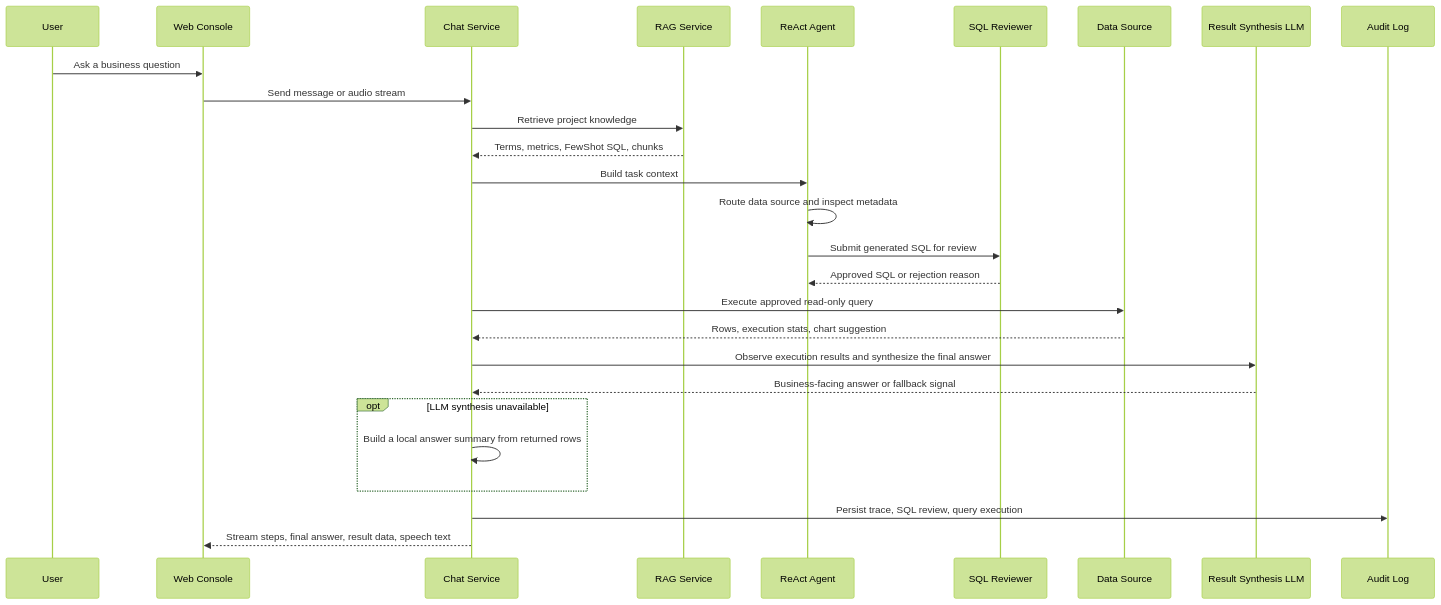
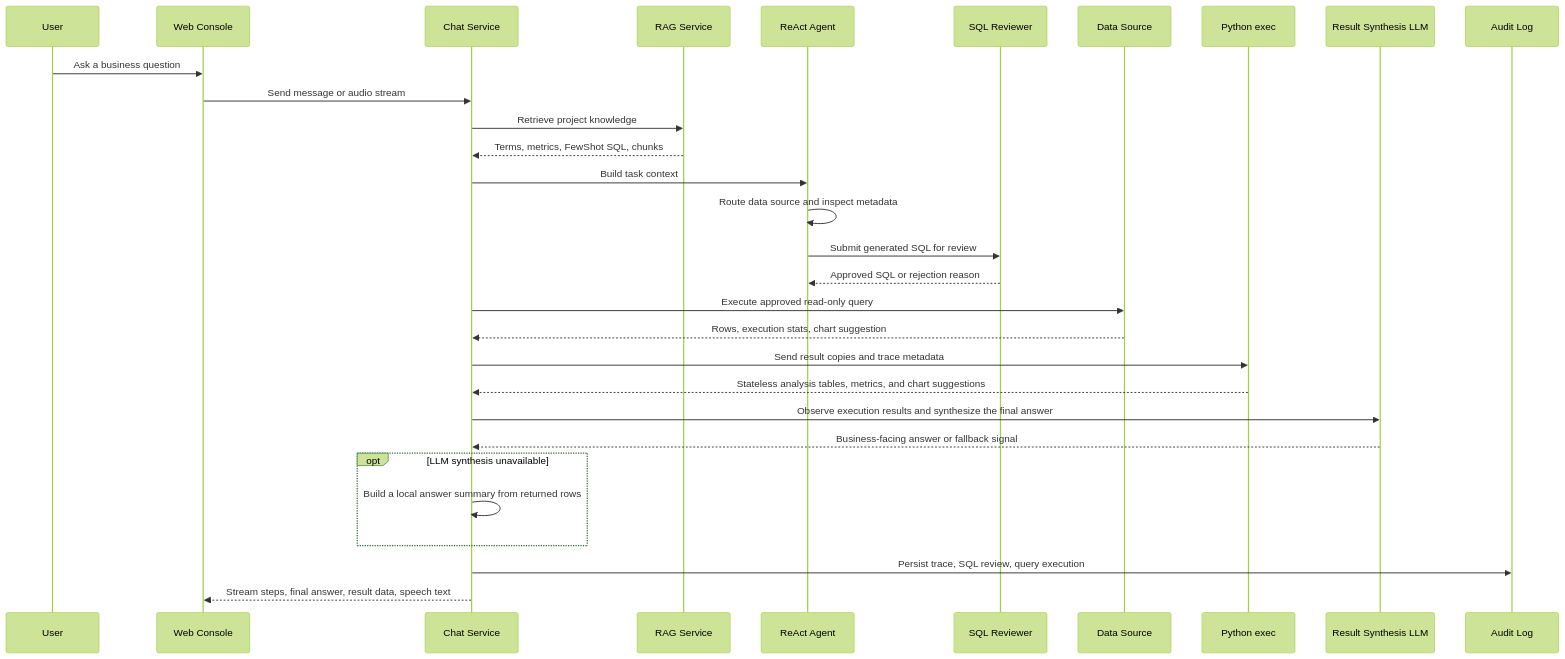
One commit to fanxiangqing/ling-shu changed the third of 3 diagrams in README.md. Above: the diagram before and after it, drawn with Mermaid (forest theme). The commit also changed other lines of this file and 8 other files, not shown here.

````diff
--- a/README.md
+++ b/README.md
@@ -457,30 +501,33 @@
 ```mermaid
 sequenceDiagram
   participant User as User
   participant Web as Web Console
   participant Chat as Chat Service
   participant RAG as RAG Service
   participant Agent as ReAct Agent
   participant SQL as SQL Reviewer
   participant DB as Data Source
+  participant PyExec as Python exec
   participant LLM as Result Synthesis LLM
   participant Audit as Audit Log
 
   User->>Web: Ask a business question
   Web->>Chat: Send message or audio stream
   Chat->>RAG: Retrieve project knowledge
   RAG-->>Chat: Terms, metrics, FewShot SQL, chunks
   Chat->>Agent: Build task context
   Agent->>Agent: Route data source and inspect metadata
   Agent->>SQL: Submit generated SQL for review
   SQL-->>Agent: Approved SQL or rejection reason
   Chat->>DB: Execute approved read-only query
   DB-->>Chat: Rows, execution stats, chart suggestion
+  Chat->>PyExec: Send result copies and trace metadata
+  PyExec-->>Chat: Stateless analysis tables, metrics, and chart suggestions
   Chat->>LLM: Observe execution results and synthesize the final answer
   LLM-->>Chat: Business-facing answer or fallback signal
   opt LLM synthesis unavailable
     Chat->>Chat: Build a local answer summary from returned rows
   end
   Chat->>Audit: Persist trace, SQL review, query execution
   Chat-->>Web: Stream steps, final answer, result data, speech text
 ```
````
